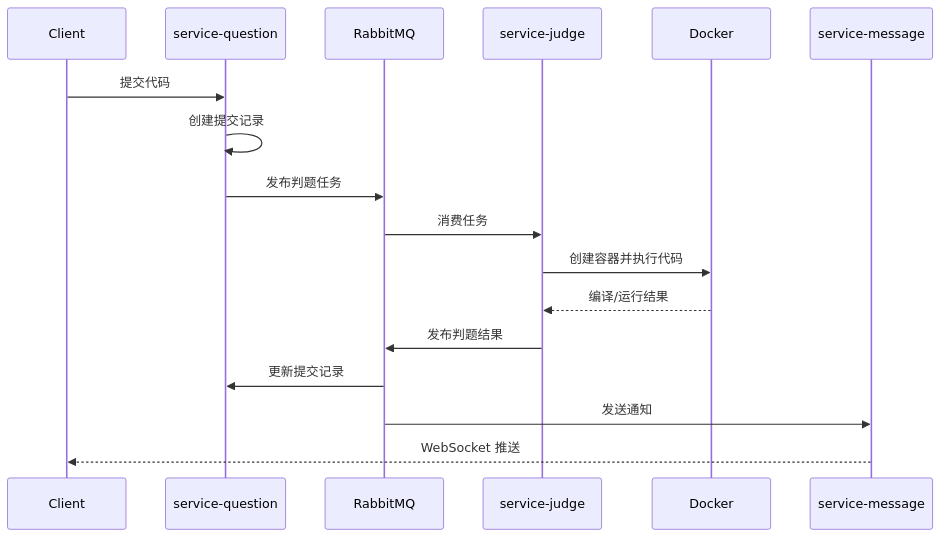
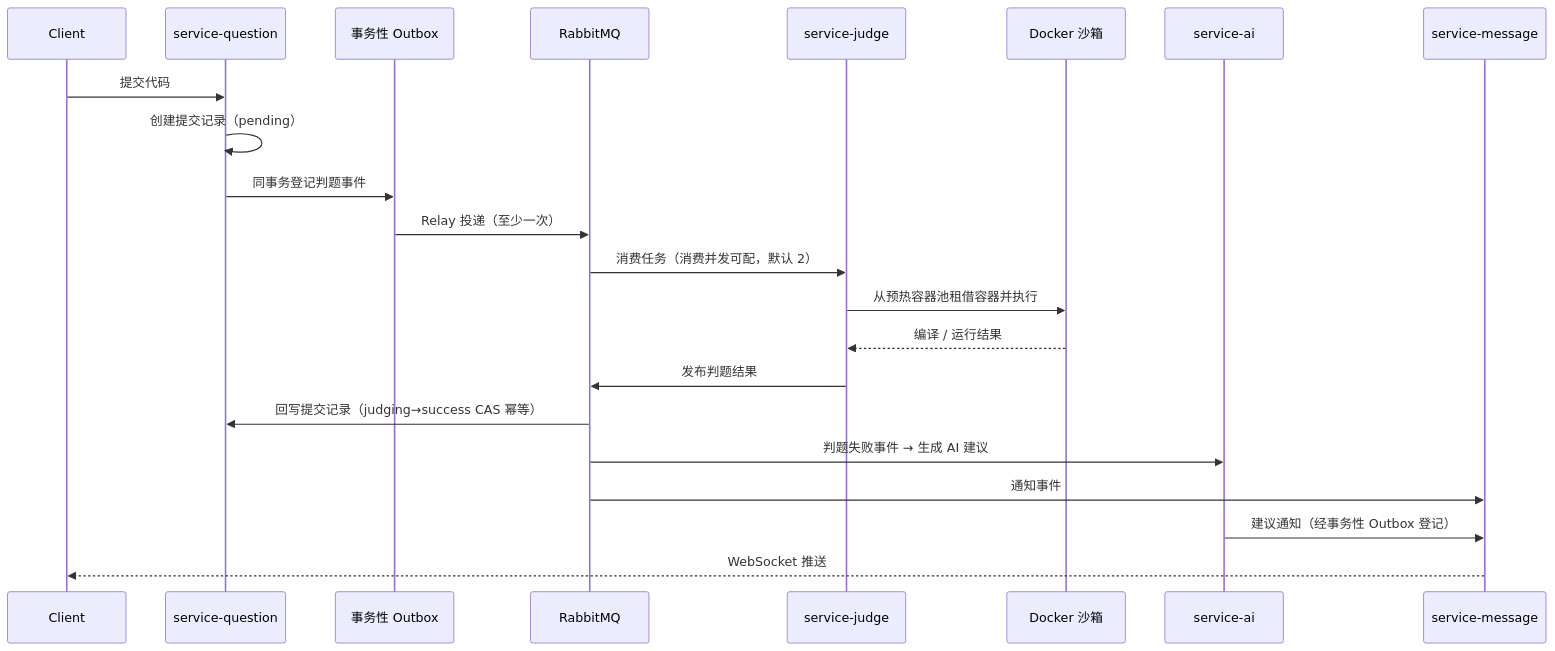
The diagram in docs/technical-design.md (BIGLV666/CodeWise), drawn with Mermaid before and after one commit. The commit also changed other lines of this file and 3 other files, not shown here.

First line of the commit message:
docs: refresh architecture diagrams to match current system

````diff
--- a/docs/technical-design.md
+++ b/docs/technical-design.md
@@ -37,20 +37,25 @@
 ```mermaid
 sequenceDiagram
     participant C as Client
     participant Q as service-question
+    participant O as 事务性 Outbox
     participant M as RabbitMQ
     participant J as service-judge
-    participant D as Docker
+    participant D as Docker 沙箱
+    participant A as service-ai
     participant N as service-message
 
     C->>Q: 提交代码
-    Q->>Q: 创建提交记录
-    Q->>M: 发布判题任务
-    M->>J: 消费任务
-    J->>D: 创建容器并执行代码
-    D-->>J: 编译/运行结果
+    Q->>Q: 创建提交记录（pending）
+    Q->>O: 同事务登记判题事件
+    O->>M: Relay 投递（至少一次）
+    M->>J: 消费任务（消费并发可配，默认 2）
+    J->>D: 从预热容器池租借容器并执行
+    D-->>J: 编译 / 运行结果
     J->>M: 发布判题结果
-    M->>Q: 更新提交记录
-    M->>N: 发送通知
+    M->>Q: 回写提交记录（judging→success CAS 幂等）
+    M->>A: 判题失败事件 → 生成 AI 建议
+    M->>N: 通知事件
+    A->>N: 建议通知（经事务性 Outbox 登记）
     N-->>C: WebSocket 推送
 ```
````
